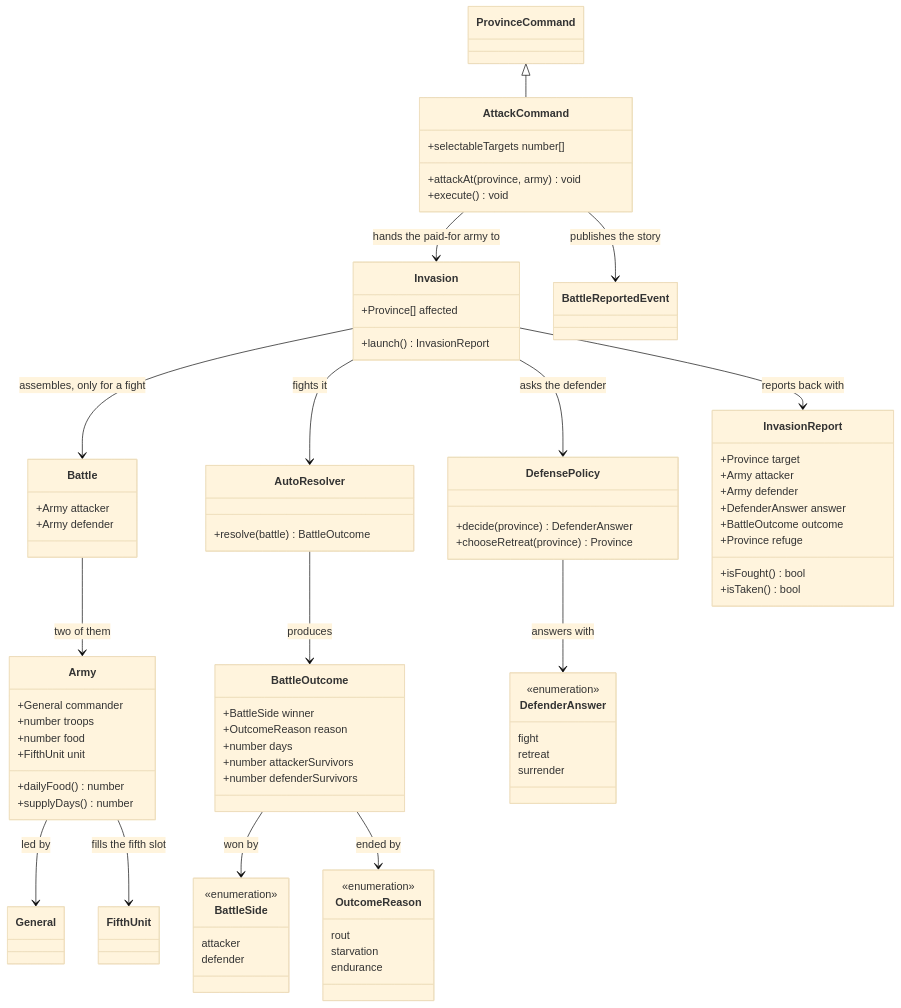
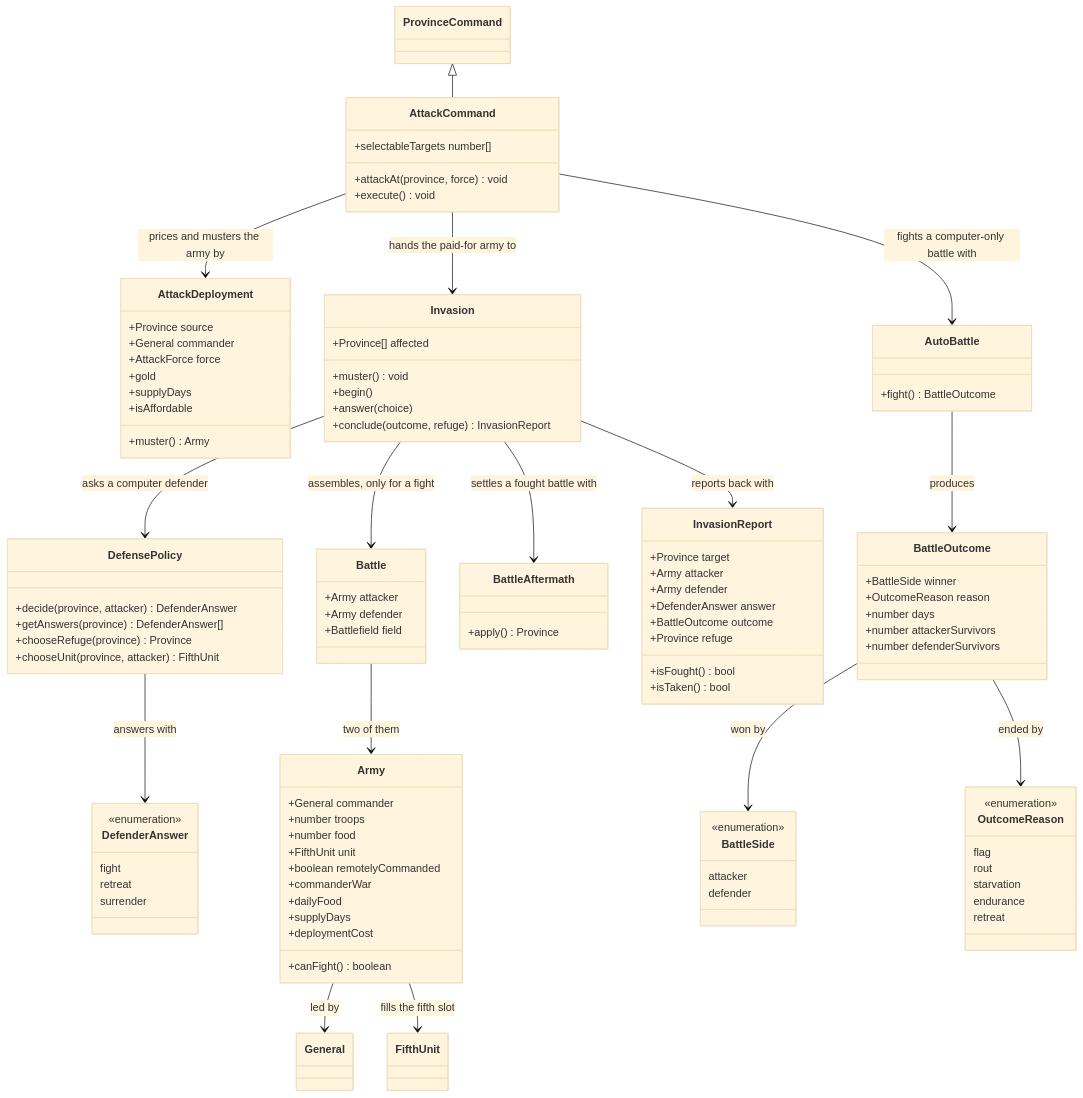
Before and after one commit to pslotinsky/kunstkamera: the second of 3 diagrams in gemstorm/docs/design/08-1-launching-a-war.md, drawn with Mermaid (base theme). The commit also changed other lines of this file and 19 other files, not shown here.

```diff
--- a/gemstorm/docs/design/08-1-launching-a-war.md
+++ b/gemstorm/docs/design/08-1-launching-a-war.md
@@ -145,12 +144,26 @@
     +number troops
     +number food
     +FifthUnit unit
-    +dailyFood() number
-    +supplyDays() number
+    +boolean remotelyCommanded
+    +commanderWar
+    +dailyFood
+    +supplyDays
+    +deploymentCost
+    +canFight() boolean
+  }
+  class AttackDeployment {
+    +Province source
+    +General commander
+    +AttackForce force
+    +gold
+    +supplyDays
+    +isAffordable
+    +muster() Army
   }
   class Battle {
     +Army attacker
     +Army defender
+    +Battlefield field
   }
   class BattleOutcome {
     +BattleSide winner
@@ -166,9 +179,11 @@
   }
   class OutcomeReason {
     <<enumeration>>
+    flag
     rout
     starvation
     endurance
+    retreat
   }
   class DefenderAnswer {
     <<enumeration>>
@@ -176,16 +191,24 @@
     retreat
     surrender
   }
-  class AutoResolver {
-    +resolve(battle) BattleOutcome
+  class AutoBattle {
+    +fight() BattleOutcome
   }
   class DefensePolicy {
-    +decide(province) DefenderAnswer
-    +chooseRetreat(province) Province
+    +decide(province, attacker) DefenderAnswer
+    +getAnswers(province) DefenderAnswer[]
+    +chooseRefuge(province) Province
+    +chooseUnit(province, attacker) FifthUnit
   }
   class Invasion {
     +Province[] affected
-    +launch() InvasionReport
+    +muster() void
+    +begin()
+    +answer(choice)
+    +conclude(outcome, refuge) InvasionReport
+  }
+  class BattleAftermath {
+    +apply() Province
   }
   class InvasionReport {
     +Province target
@@ -199,20 +222,21 @@
   }
   class AttackCommand {
     +selectableTargets number[]
-    +attackAt(province, army) void
+    +attackAt(province, force) void
     +execute() void
   }
   ProvinceCommand <|-- AttackCommand
+  AttackCommand --> AttackDeployment : prices and musters the army by
   AttackCommand --> Invasion : hands the paid-for army to
-  AttackCommand --> BattleReportedEvent : publishes the story
-  Invasion --> DefensePolicy : asks the defender
+  AttackCommand --> AutoBattle : fights a computer-only battle with
+  Invasion --> DefensePolicy : asks a computer defender
   Invasion --> Battle : assembles, only for a fight
-  Invasion --> AutoResolver : fights it
+  Invasion --> BattleAftermath : settles a fought battle with
   Invasion --> InvasionReport : reports back with
   Battle --> Army : two of them
   Army --> General : led by
   Army --> FifthUnit : fills the fifth slot
-  AutoResolver --> BattleOutcome : produces
+  AutoBattle --> BattleOutcome : produces
   BattleOutcome --> BattleSide : won by
   BattleOutcome --> OutcomeReason : ended by
   DefensePolicy --> DefenderAnswer : answers with
```
